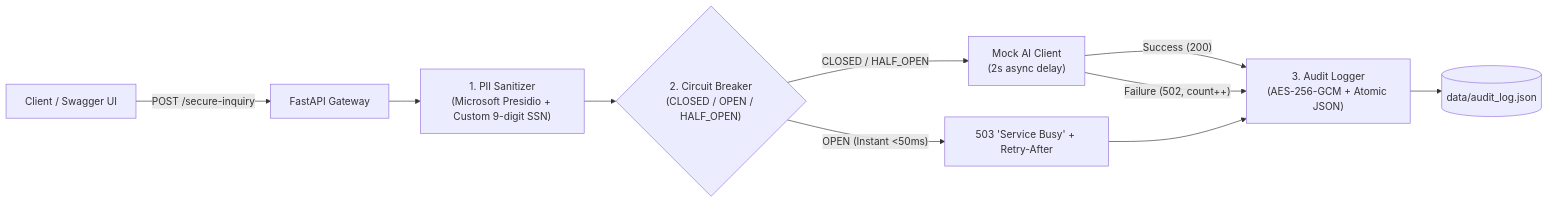
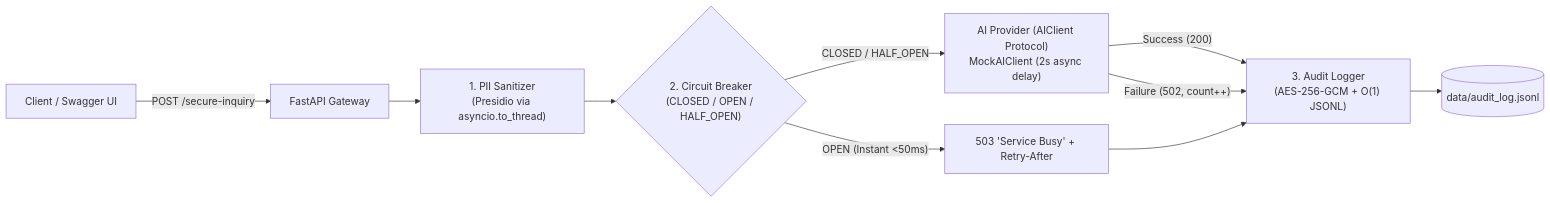
Before and after one commit to Ma7rodal/guardian-integration-gateway: the diagram in README.md, drawn with Mermaid. The commit also changed other lines of this file and 13 other files, not shown here.

Commit message:
hardening: O(1) JSONL audit log, non-blocking Presidio, prod env guards, and CircuitBreaker fixes

````diff
--- a/README.md
+++ b/README.md
@@ -9,12 +9,12 @@
 ```mermaid
 flowchart LR
     Client["Client / Swagger UI"] -->|"POST /secure-inquiry"| API["FastAPI Gateway"]
-    API --> Sanitizer["1. PII Sanitizer<br/>(Microsoft Presidio + Custom 9-digit SSN)"]
+    API --> Sanitizer["1. PII Sanitizer<br/>(Presidio via asyncio.to_thread)"]
     Sanitizer --> CB{"2. Circuit Breaker<br/>(CLOSED / OPEN / HALF_OPEN)"}
     CB -->|"OPEN (Instant <50ms)"| Fallback["503 'Service Busy' + Retry-After"]
-    CB -->|"CLOSED / HALF_OPEN"| MockAI["Mock AI Client<br/>(2s async delay)"]
-    MockAI -->|"Success (200)"| Audit["3. Audit Logger<br/>(AES-256-GCM + Atomic JSON)"]
+    CB -->|"CLOSED / HALF_OPEN"| MockAI["AI Provider (AIClient Protocol)<br/>MockAIClient (2s async delay)"]
+    MockAI -->|"Success (200)"| Audit["3. Audit Logger<br/>(AES-256-GCM + O(1) JSONL)"]
     MockAI -->|"Failure (502, count++)"| Audit
     Fallback --> Audit
-    Audit --> Store[("data/audit_log.json")]
+    Audit --> Store[("data/audit_log.jsonl")]
 ```
````
